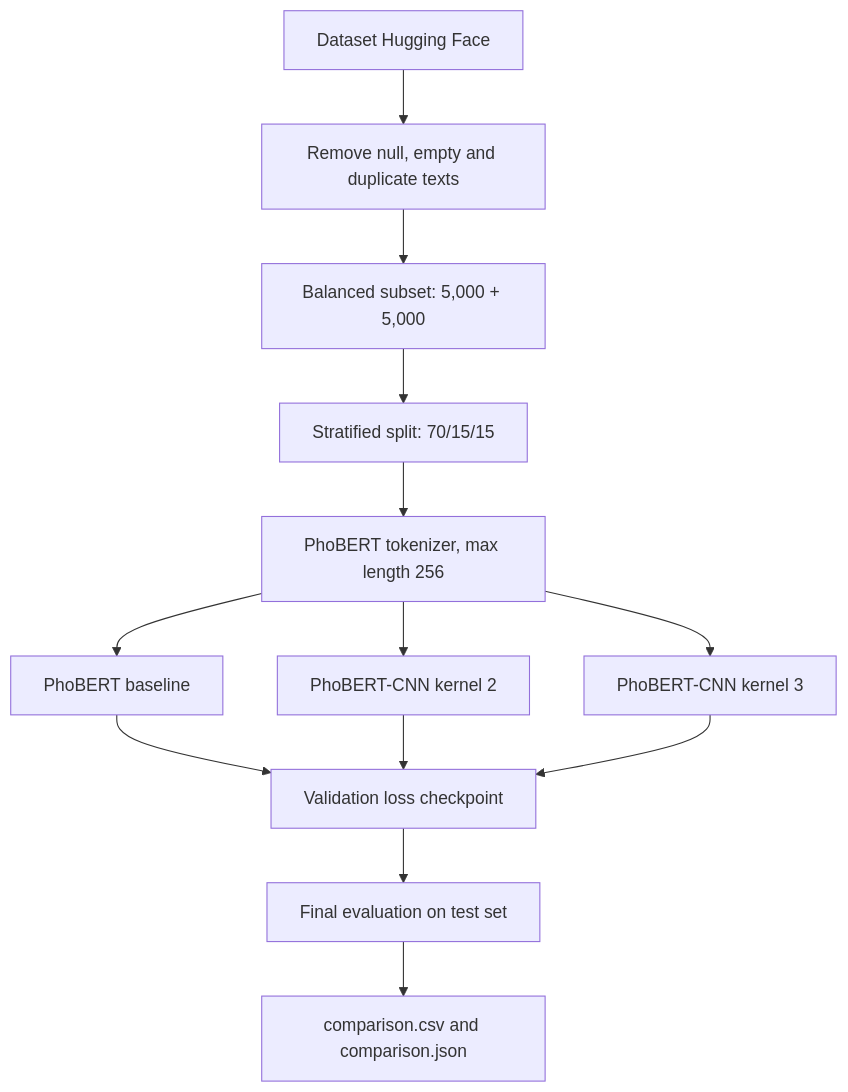
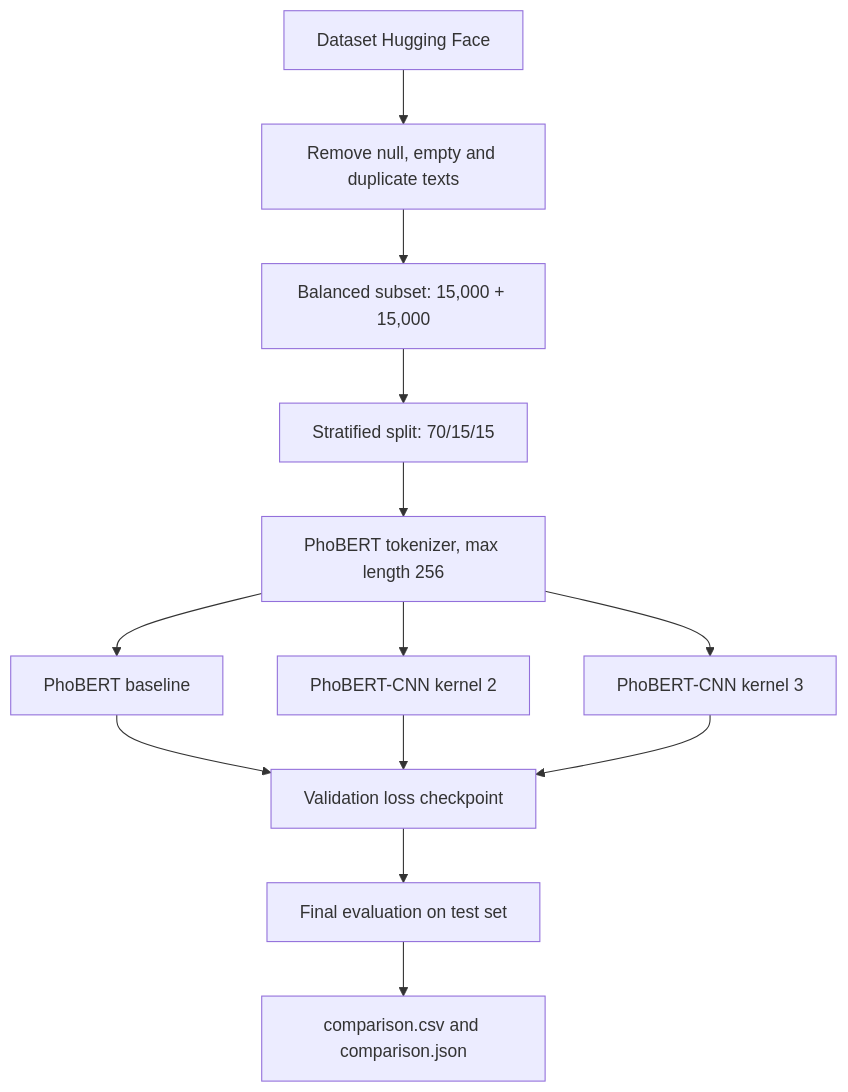
Before and after one commit to san24022005/PhoBert-CNN-VietNamese-Text-Detection: the diagram in readme.md, drawn with Mermaid. The commit also changed other lines of this file and 6 other files, not shown here.

````diff
--- a/readme.md
+++ b/readme.md
@@ -53,15 +53,15 @@
 ```mermaid
 flowchart TD
 	A[Dataset Hugging Face] --> B[Remove null, empty and duplicate texts]
-	B --> C[Balanced subset: 5,000 + 5,000]
+	B --> C[Balanced subset: 15,000 + 15,000]
 	C --> D[Stratified split: 70/15/15]
 	D --> E[PhoBERT tokenizer, max length 256]
 	E --> F[PhoBERT baseline]
 	E --> G[PhoBERT-CNN kernel 2]
 	E --> H[PhoBERT-CNN kernel 3]
 	F --> I[Validation loss checkpoint]
 	G --> I
 	H --> I
 	I --> J[Final evaluation on test set]
 	J --> K[comparison.csv and comparison.json]
 ```
````
